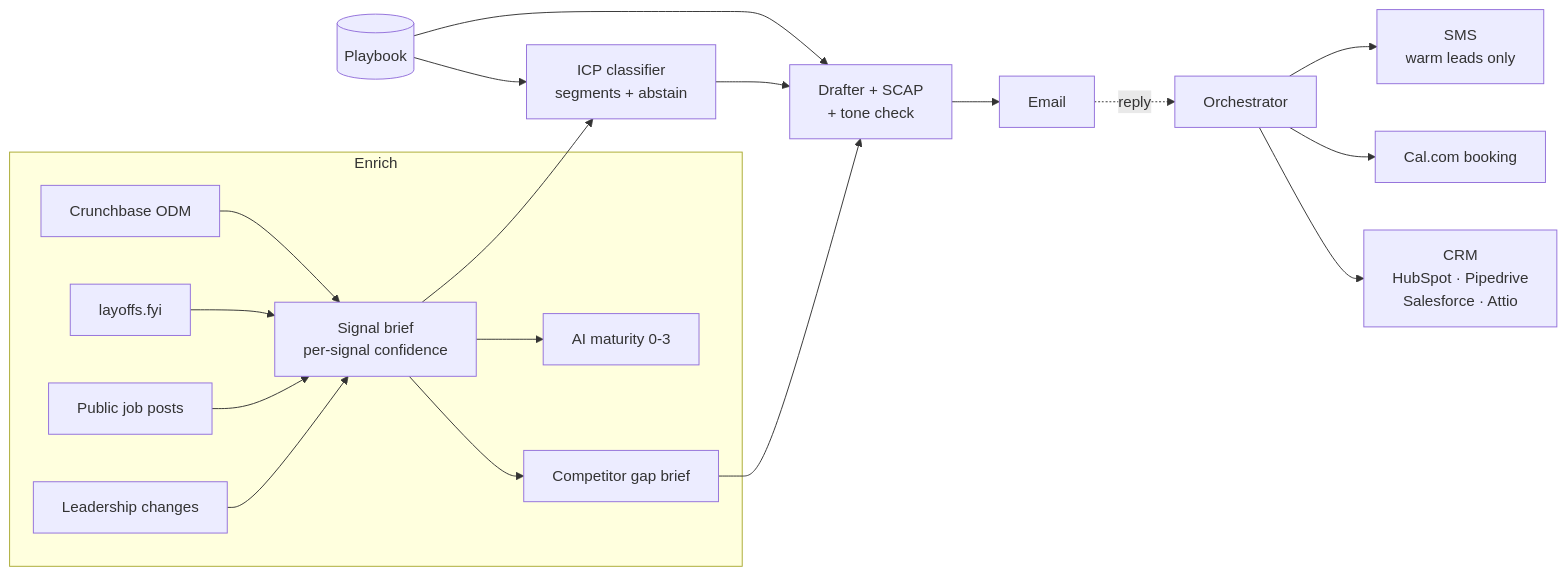
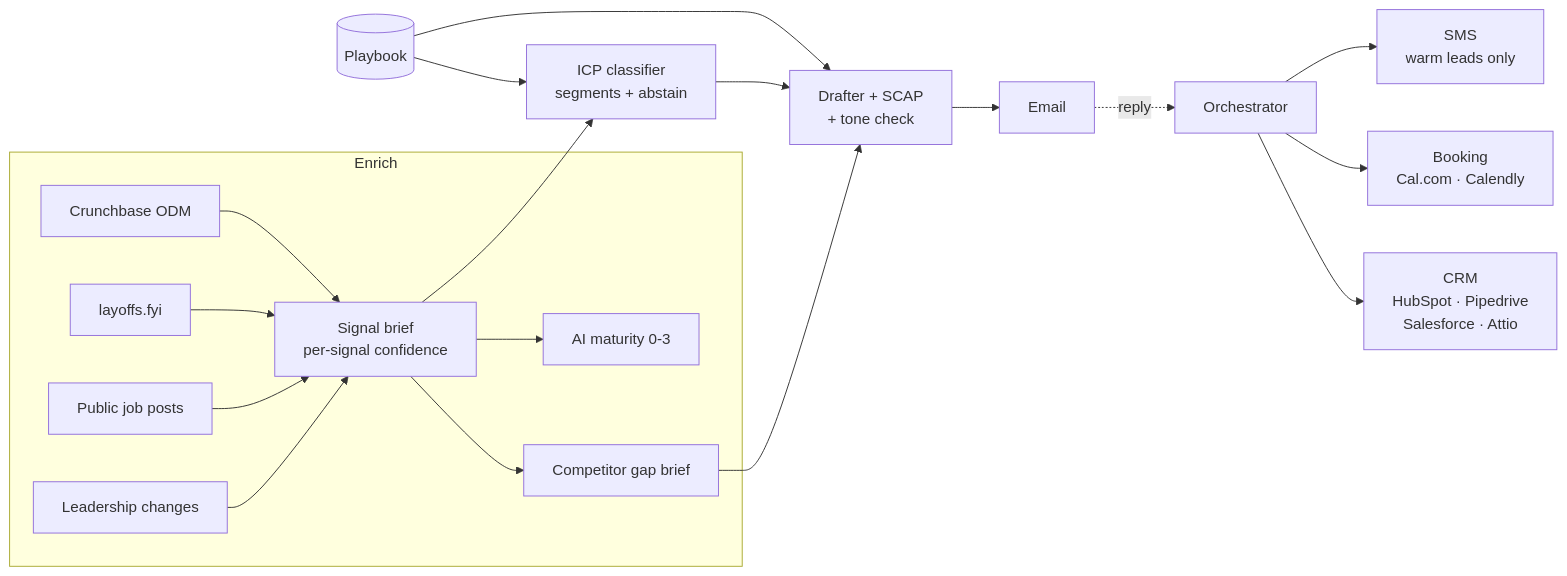
One commit to Sanoy24/conversion-engine changed the diagram in README.md. Above: the diagram before and after it, drawn with Mermaid. The commit also changed other lines of this file and 13 other files, not shown here.

````diff
--- a/README.md
+++ b/README.md
@@ -25,21 +25,21 @@
 ```mermaid
 flowchart LR
     subgraph Enrich
         CB[Crunchbase ODM] --> B[Signal brief<br/>per-signal confidence]
         LO[layoffs.fyi] --> B
         JP[Public job posts] --> B
         LD[Leadership changes] --> B
         B --> AI[AI maturity 0-3]
         B --> GAP[Competitor gap brief]
     end
     PB[(Playbook)] --> ICP
     PB --> DRAFT
     B --> ICP[ICP classifier<br/>segments + abstain]
     ICP --> DRAFT[Drafter + SCAP<br/>+ tone check]
     GAP --> DRAFT
     DRAFT --> EMAIL[Email]
     EMAIL -. reply .-> ORCH[Orchestrator]
     ORCH --> SMS[SMS<br/>warm leads only]
-    ORCH --> CAL[Cal.com booking]
+    ORCH --> CAL[Booking<br/>Cal.com · Calendly]
     ORCH --> CRM[CRM<br/>HubSpot · Pipedrive<br/>Salesforce · Attio]
 ```
````
